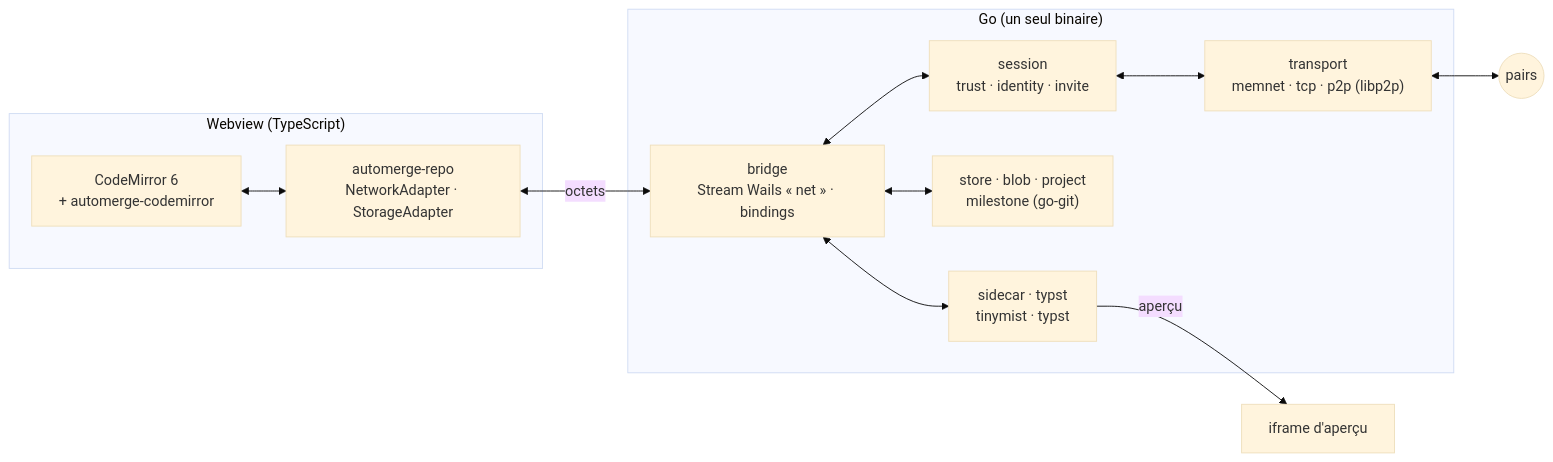
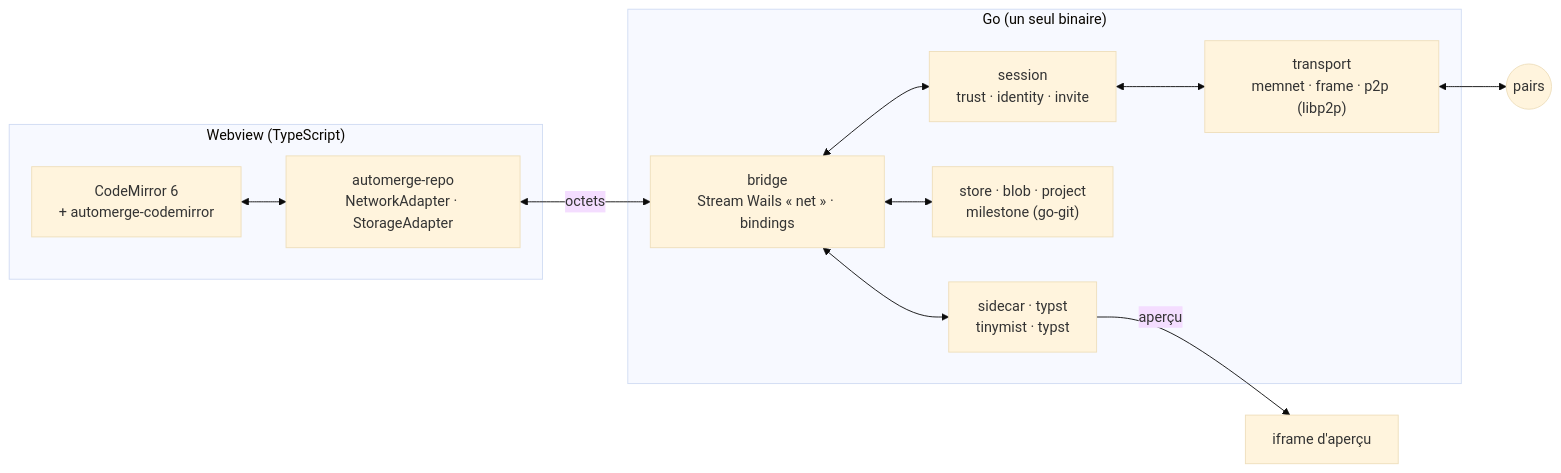
Before and after one commit to oioio-space/inkwell: the diagram in docs/architecture.md, drawn with Mermaid (base theme). The commit also changed other lines of this file and 22 other files, not shown here.

First line of the commit message:
feat(app): switch to libp2p transport; remove stage-1 TCP

````diff
--- a/docs/architecture.md
+++ b/docs/architecture.md
@@ -14,21 +14,21 @@
 ```mermaid
 flowchart LR
   subgraph W["Webview (TypeScript)"]
     CM["CodeMirror 6<br/>+ automerge-codemirror"]
     REPO["automerge-repo<br/>NetworkAdapter · StorageAdapter"]
     CM <--> REPO
   end
   subgraph G["Go (un seul binaire)"]
     BR["bridge<br/>Stream Wails « net » · bindings"]
     SES["session<br/>trust · identity · invite"]
-    TR["transport<br/>memnet · tcp · p2p (libp2p)"]
+    TR["transport<br/>memnet · frame · p2p (libp2p)"]
     ST["store · blob · project<br/>milestone (go-git)"]
     SC["sidecar · typst<br/>tinymist · typst"]
   end
   PEER(("pairs"))
   REPO <-- octets --> BR
   BR <--> SES <--> TR <--> PEER
   BR <--> ST
   BR <--> SC
   SC -- aperçu --> PV["iframe d'aperçu"]
 ```
````
